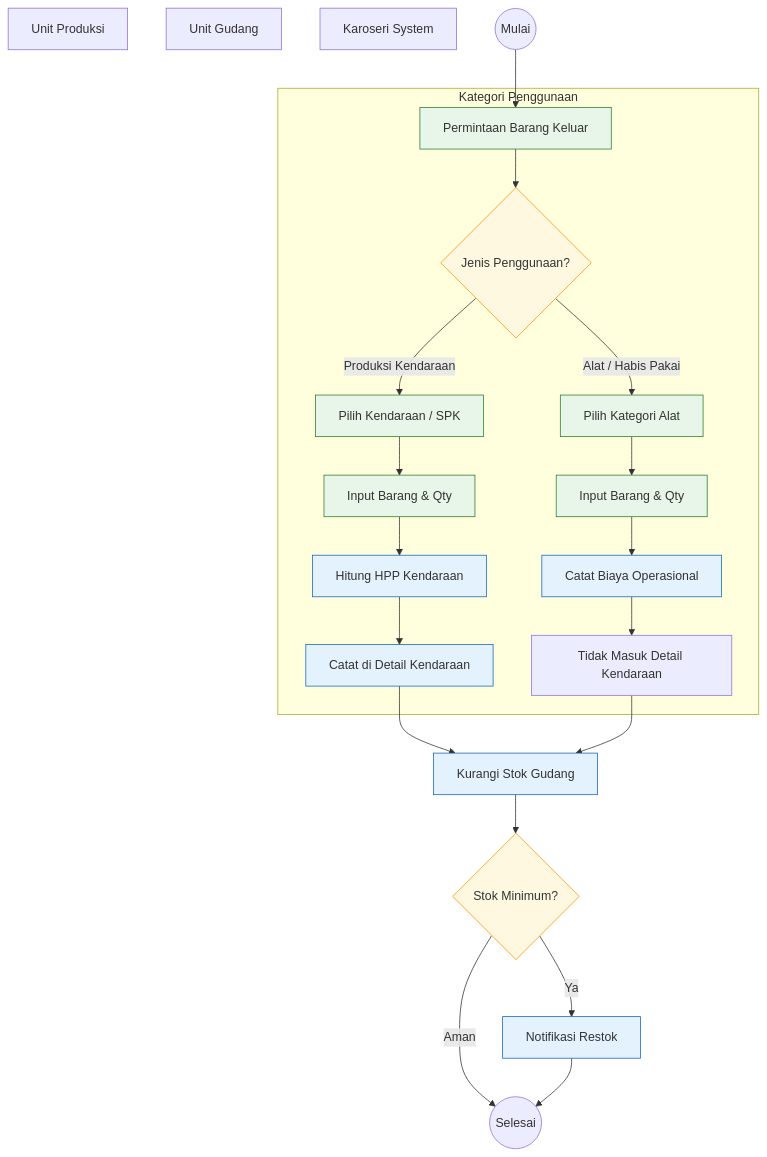
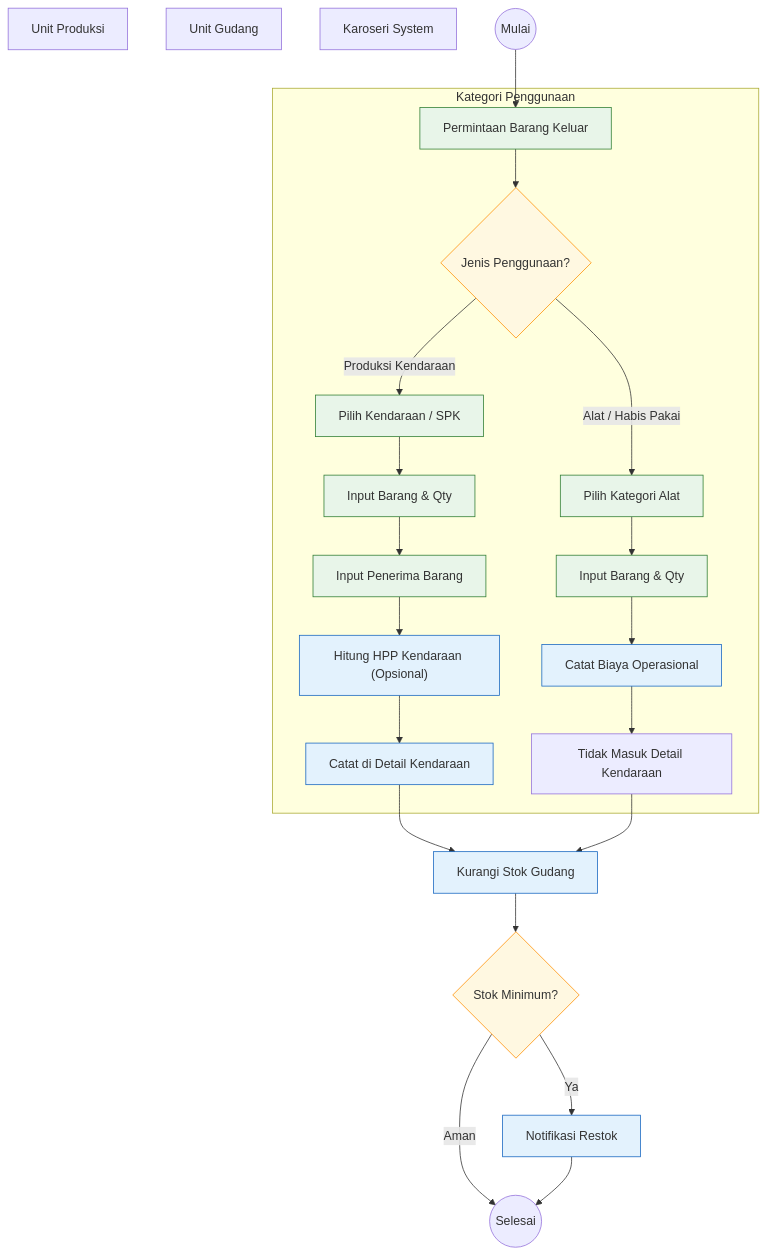
The diagram in docs/business-process/2-production-usage.md (Jieeevest/karoseri-revamp), drawn with Mermaid before and after one commit. The commit also changed other lines of this file and 7 other files, not shown here.

````diff
--- a/docs/business-process/2-production-usage.md
+++ b/docs/business-process/2-production-usage.md
@@ -3,42 +3,43 @@
 ```mermaid
 graph TD
     %% Actors
     Produksi["Unit Produksi"]
     Gudang["Unit Gudang"]
     System["Karoseri System"]
 
     Start(("Mulai")) --> RequestBarang["Permintaan Barang Keluar"]
 
     subgraph "Kategori Penggunaan"
         RequestBarang --> IdentifyType{"Jenis Penggunaan?"}
 
         %% Path 1: Usage for Vehicle
         IdentifyType -->|Produksi Kendaraan| SelectVehicle["Pilih Kendaraan / SPK"]
         SelectVehicle --> InputItem1["Input Barang & Qty"]
-        InputItem1 --> CalcHPP["Hitung HPP Kendaraan"]
+        InputItem1 --> InputReceiver["Input Penerima Barang"]
+        InputReceiver --> CalcHPP["Hitung HPP Kendaraan (Opsional)"]
         CalcHPP --> RecordUsage1["Catat di Detail Kendaraan"]
 
         %% Path 2: Usage for Tools/Consumables
         IdentifyType -->|Alat / Habis Pakai| SelectTool["Pilih Kategori Alat"]
         SelectTool --> InputItem2["Input Barang & Qty"]
         InputItem2 --> GeneralCost["Catat Biaya Operasional"]
         GeneralCost --> NoVehicleDetail["Tidak Masuk Detail Kendaraan"]
     end
 
     RecordUsage1 --> DeductStock["Kurangi Stok Gudang"]
     NoVehicleDetail --> DeductStock
 
     DeductStock --> Alert{"Stok Minimum?"}
     Alert -->|Ya| NotifyPurchase["Notifikasi Restok"]
     Alert -->|Aman| EndUsage(("Selesai"))
     NotifyPurchase --> EndUsage
 
     %% Styling
     classDef action fill:#e8f5e9,stroke:#2e7d32,stroke-width:1px;
     classDef logic fill:#fff8e1,stroke:#ff8f00,stroke-width:1px;
     classDef system fill:#e3f2fd,stroke:#1565c0,stroke-width:1px;
 
-    class RequestBarang,InputItem1,InputItem2,SelectVehicle,SelectTool action;
+    class RequestBarang,InputItem1,InputItem2,SelectVehicle,SelectTool,InputReceiver action;
     class IdentifyType,Alert logic;
     class CalcHPP,RecordUsage1,GeneralCost,DeductStock,NotifyPurchase system;
 ```
````
